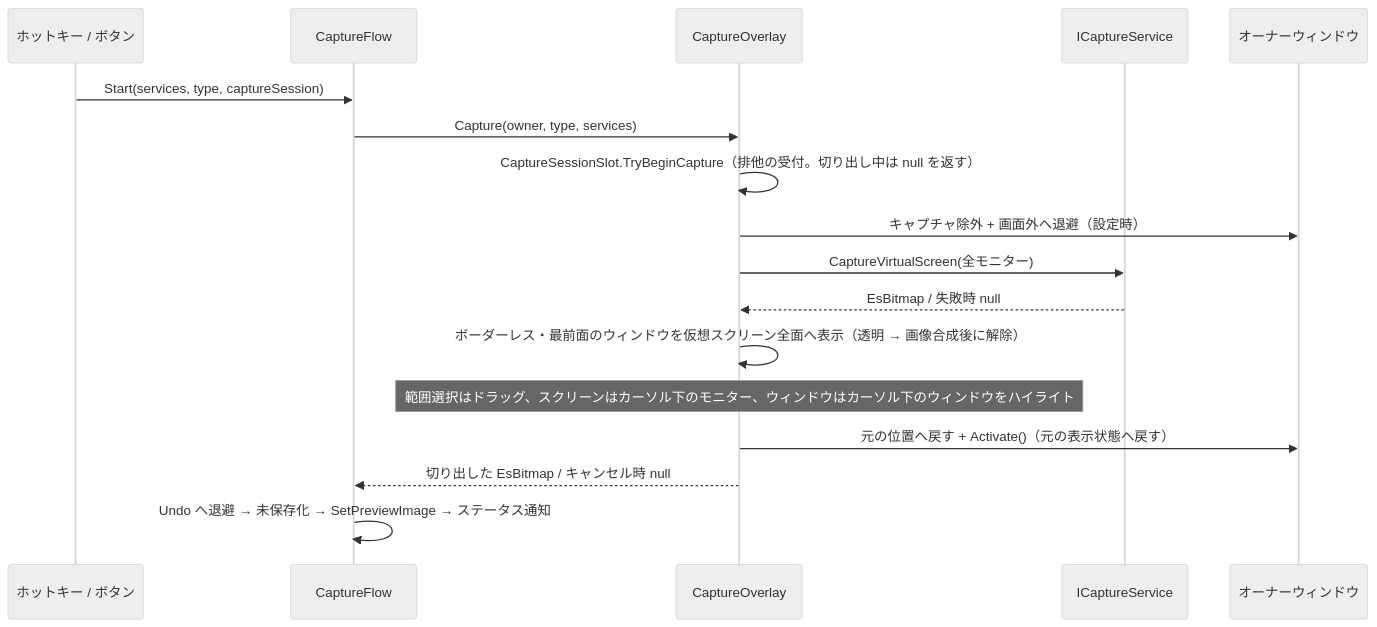
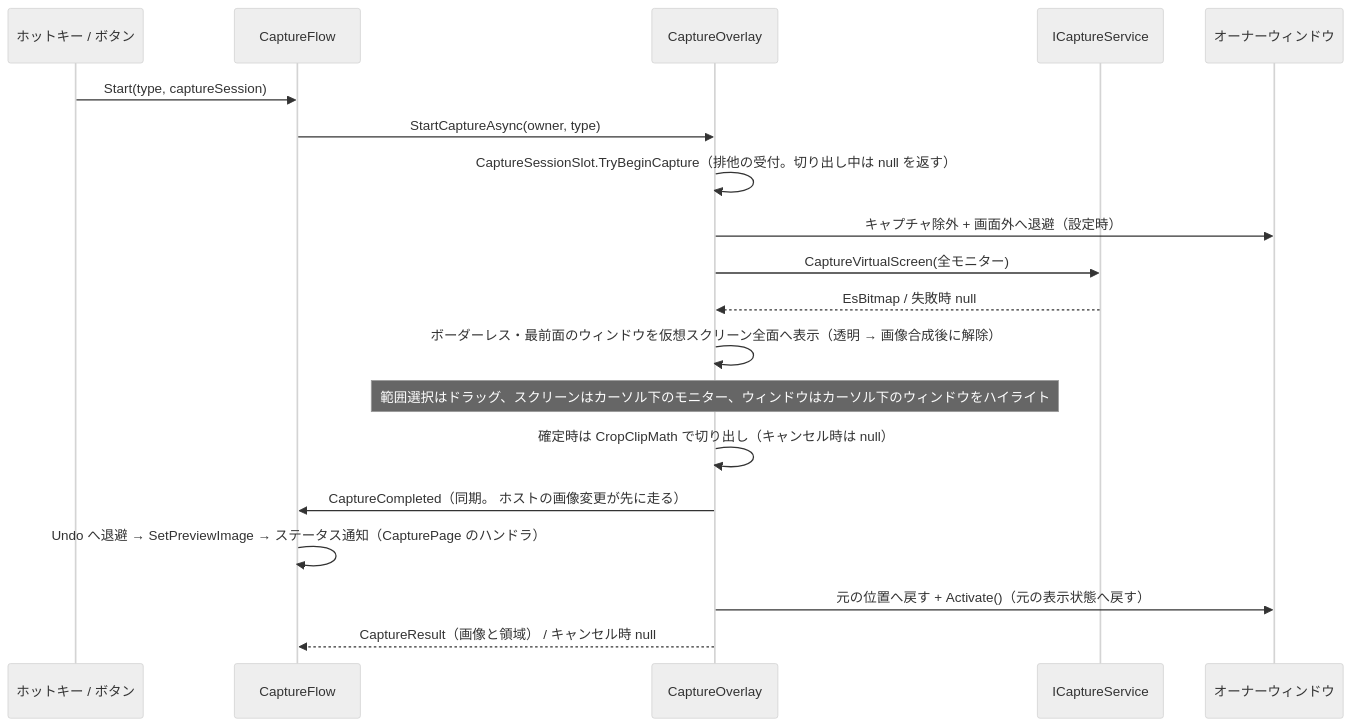
One commit to tomokuni/SaveEvidence changed the third of 12 diagrams in src/App.MewUI/docs/SPEC_System.md. Above: the diagram before and after it, drawn with Mermaid (neutral theme). The commit also changed other lines of this file and 25 other files, not shown here.

````diff
--- a/src/App.MewUI/docs/SPEC_System.md
+++ b/src/App.MewUI/docs/SPEC_System.md
@@ -379,21 +376,23 @@
 ```mermaid
 sequenceDiagram
     participant HK as ホットキー / ボタン
     participant CF as CaptureFlow
     participant OW as CaptureOverlay
     participant CS as ICaptureService
     participant OS as オーナーウィンドウ
 
-    HK->>CF: Start(services, type, captureSession)
-    CF->>OW: Capture(owner, type, services)
+    HK->>CF: Start(type, captureSession)
+    CF->>OW: StartCaptureAsync(owner, type)
     OW->>OW: CaptureSessionSlot.TryBeginCapture（排他の受付。切り出し中は null を返す）
 
     OW->>OS: キャプチャ除外 + 画面外へ退避（設定時）
     OW->>CS: CaptureVirtualScreen(全モニター)
     CS-->>OW: EsBitmap / 失敗時 null
     OW->>OW: ボーダーレス・最前面のウィンドウを仮想スクリーン全面へ表示（透明 → 画像合成後に解除）
     Note over OW: 範囲選択はドラッグ、スクリーンはカーソル下のモニター、ウィンドウはカーソル下のウィンドウをハイライト
+    OW->>OW: 確定時は CropClipMath で切り出し（キャンセル時は null）
+    OW->>CF: CaptureCompleted（同期。 ホストの画像変更が先に走る）
+    CF->>CF: Undo へ退避 → SetPreviewImage → ステータス通知（CapturePage のハンドラ）
     OW->>OS: 元の位置へ戻す + Activate()（元の表示状態へ戻す）
-    OW-->>CF: 切り出した EsBitmap / キャンセル時 null
-    CF->>CF: Undo へ退避 → 未保存化 → SetPreviewImage → ステータス通知
+    OW-->>CF: CaptureResult（画像と領域） / キャンセル時 null
 ```
````
